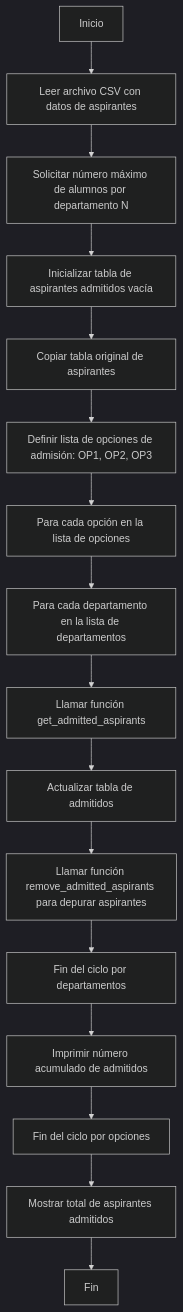
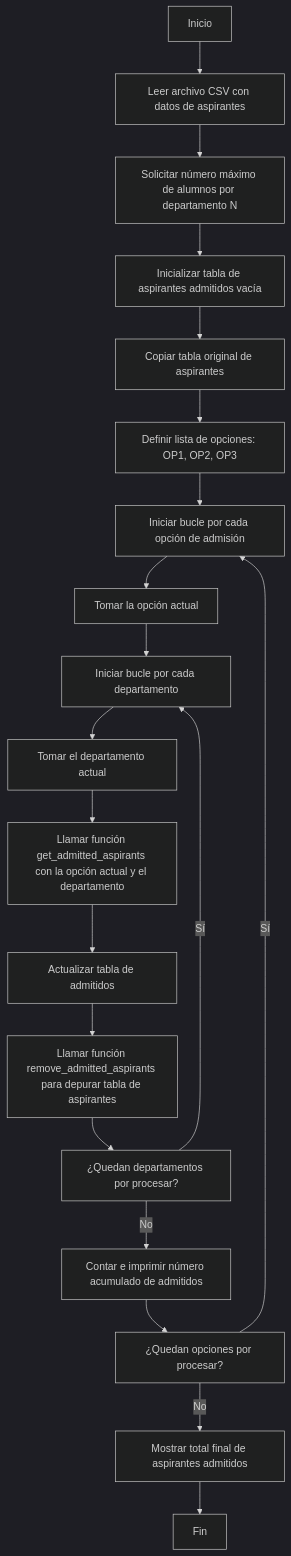
One commit to vshalisko/PythonIntro changed the diagram in Unidad_3/Proyecto_3_algoritmo.mermaid. Above: the diagram before and after it, drawn with Mermaid (dark theme).

```diff
--- a/Unidad_3/Proyecto_3_algoritmo.mermaid
+++ b/Unidad_3/Proyecto_3_algoritmo.mermaid
@@ -1,19 +1,22 @@
 flowchart TD
 
 A[Inicio] --> B[Leer archivo CSV con datos de aspirantes]
 B --> C[Solicitar número máximo de alumnos por departamento N]
 C --> D[Inicializar tabla de aspirantes admitidos vacía]
 D --> E[Copiar tabla original de aspirantes]
-E --> F[Definir lista de opciones de admisión: OP1, OP2, OP3]
+E --> F[Definir lista de opciones: OP1, OP2, OP3]
 
-F --> G[Para cada opción en la lista de opciones]
-G --> H[Para cada departamento en la lista de departamentos]
-H --> I[Llamar función get_admitted_aspirants]
-I --> J[Actualizar tabla de admitidos]
-J --> K[Llamar función remove_admitted_aspirants para depurar aspirantes]
-K --> L[Fin del ciclo por departamentos]
-L --> M[Imprimir número acumulado de admitidos]
-M --> N[Fin del ciclo por opciones]
-
-N --> O[Mostrar total de aspirantes admitidos]
-O --> P[Fin]
+F --> G[Iniciar bucle por cada opción de admisión]
+G --> H[Tomar la opción actual]
+H --> I[Iniciar bucle por cada departamento]
+I --> J[Tomar el departamento actual]
+J --> K[Llamar función get_admitted_aspirants con la opción actual y el departamento]
+K --> L[Actualizar tabla de admitidos]
+L --> M[Llamar función remove_admitted_aspirants para depurar tabla de aspirantes]
+M --> N[¿Quedan departamentos por procesar?]
+N -- Sí --> I
+N -- No --> O[Contar e imprimir número acumulado de admitidos]
+O --> P[¿Quedan opciones por procesar?]
+P -- Sí --> G
+P -- No --> Q[Mostrar total final de aspirantes admitidos]
+Q --> R[Fin]
```
